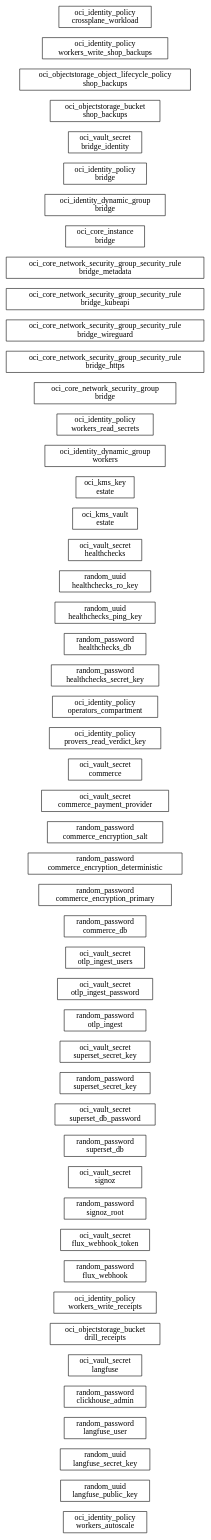
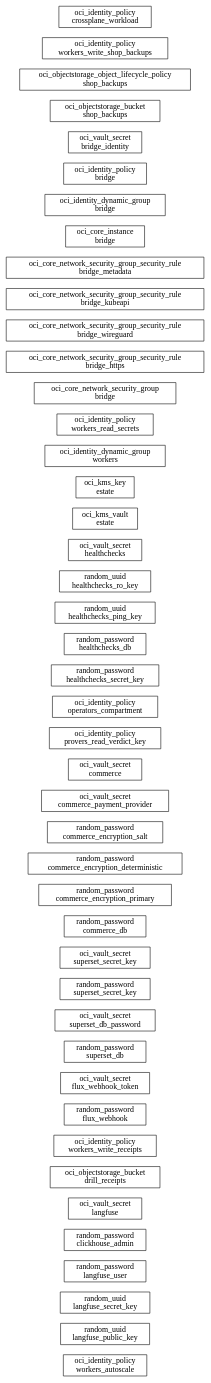
Before and after one commit to chidionyema/idp: the diagram in docs/diagrams/estate-dag.dot, drawn with Graphviz.

Commit message:
chore(estate-dag): regenerate topology DAG from infrastructure state
Generated by: estate-dag-gen

Files: estate-dag.dot (Terraform resources), estate-topology.json (runtime stub)

Phase: 1 (deploy-time), 2 (runtime - pending Cilium integration)

```diff
--- a/docs/diagrams/estate-dag.dot
+++ b/docs/diagrams/estate-dag.dot
@@ -1,53 +1,48 @@
 digraph {
   rankdir=LR;
   node [shape=box];
   "oci_identity_policy.workers_autoscale" [label="oci_identity_policy\nworkers_autoscale"];
   "random_uuid.langfuse_public_key" [label="random_uuid\nlangfuse_public_key"];
   "random_uuid.langfuse_secret_key" [label="random_uuid\nlangfuse_secret_key"];
   "random_password.langfuse_user" [label="random_password\nlangfuse_user"];
   "random_password.clickhouse_admin" [label="random_password\nclickhouse_admin"];
   "oci_vault_secret.langfuse" [label="oci_vault_secret\nlangfuse"];
   "oci_objectstorage_bucket.drill_receipts" [label="oci_objectstorage_bucket\ndrill_receipts"];
   "oci_identity_policy.workers_write_receipts" [label="oci_identity_policy\nworkers_write_receipts"];
   "random_password.flux_webhook" [label="random_password\nflux_webhook"];
   "oci_vault_secret.flux_webhook_token" [label="oci_vault_secret\nflux_webhook_token"];
-  "random_password.signoz_root" [label="random_password\nsignoz_root"];
-  "oci_vault_secret.signoz" [label="oci_vault_secret\nsignoz"];
   "random_password.superset_db" [label="random_password\nsuperset_db"];
   "oci_vault_secret.superset_db_password" [label="oci_vault_secret\nsuperset_db_password"];
   "random_password.superset_secret_key" [label="random_password\nsuperset_secret_key"];
   "oci_vault_secret.superset_secret_key" [label="oci_vault_secret\nsuperset_secret_key"];
-  "random_password.otlp_ingest" [label="random_password\notlp_ingest"];
-  "oci_vault_secret.otlp_ingest_password" [label="oci_vault_secret\notlp_ingest_password"];
-  "oci_vault_secret.otlp_ingest_users" [label="oci_vault_secret\notlp_ingest_users"];
   "random_password.commerce_db" [label="random_password\ncommerce_db"];
   "random_password.commerce_encryption_primary" [label="random_password\ncommerce_encryption_primary"];
   "random_password.commerce_encryption_deterministic" [label="random_password\ncommerce_encryption_deterministic"];
   "random_password.commerce_encryption_salt" [label="random_password\ncommerce_encryption_salt"];
   "oci_vault_secret.commerce_payment_provider" [label="oci_vault_secret\ncommerce_payment_provider"];
   "oci_vault_secret.commerce" [label="oci_vault_secret\ncommerce"];
   "oci_identity_policy.provers_read_verdict_key" [label="oci_identity_policy\nprovers_read_verdict_key"];
   "oci_identity_policy.operators_compartment" [label="oci_identity_policy\noperators_compartment"];
   "random_password.healthchecks_secret_key" [label="random_password\nhealthchecks_secret_key"];
   "random_password.healthchecks_db" [label="random_password\nhealthchecks_db"];
   "random_uuid.healthchecks_ping_key" [label="random_uuid\nhealthchecks_ping_key"];
   "random_uuid.healthchecks_ro_key" [label="random_uuid\nhealthchecks_ro_key"];
   "oci_vault_secret.healthchecks" [label="oci_vault_secret\nhealthchecks"];
   "oci_kms_vault.estate" [label="oci_kms_vault\nestate"];
   "oci_kms_key.estate" [label="oci_kms_key\nestate"];
   "oci_identity_dynamic_group.workers" [label="oci_identity_dynamic_group\nworkers"];
   "oci_identity_policy.workers_read_secrets" [label="oci_identity_policy\nworkers_read_secrets"];
   "oci_core_network_security_group.bridge" [label="oci_core_network_security_group\nbridge"];
   "oci_core_network_security_group_security_rule.bridge_https" [label="oci_core_network_security_group_security_rule\nbridge_https"];
   "oci_core_network_security_group_security_rule.bridge_wireguard" [label="oci_core_network_security_group_security_rule\nbridge_wireguard"];
   "oci_core_network_security_group_security_rule.bridge_kubeapi" [label="oci_core_network_security_group_security_rule\nbridge_kubeapi"];
   "oci_core_network_security_group_security_rule.bridge_metadata" [label="oci_core_network_security_group_security_rule\nbridge_metadata"];
   "oci_core_instance.bridge" [label="oci_core_instance\nbridge"];
   "oci_identity_dynamic_group.bridge" [label="oci_identity_dynamic_group\nbridge"];
   "oci_identity_policy.bridge" [label="oci_identity_policy\nbridge"];
   "oci_vault_secret.bridge_identity" [label="oci_vault_secret\nbridge_identity"];
   "oci_objectstorage_bucket.shop_backups" [label="oci_objectstorage_bucket\nshop_backups"];
   "oci_objectstorage_object_lifecycle_policy.shop_backups" [label="oci_objectstorage_object_lifecycle_policy\nshop_backups"];
   "oci_identity_policy.workers_write_shop_backups" [label="oci_identity_policy\nworkers_write_shop_backups"];
   "oci_identity_policy.crossplane_workload" [label="oci_identity_policy\ncrossplane_workload"];
 }
```
